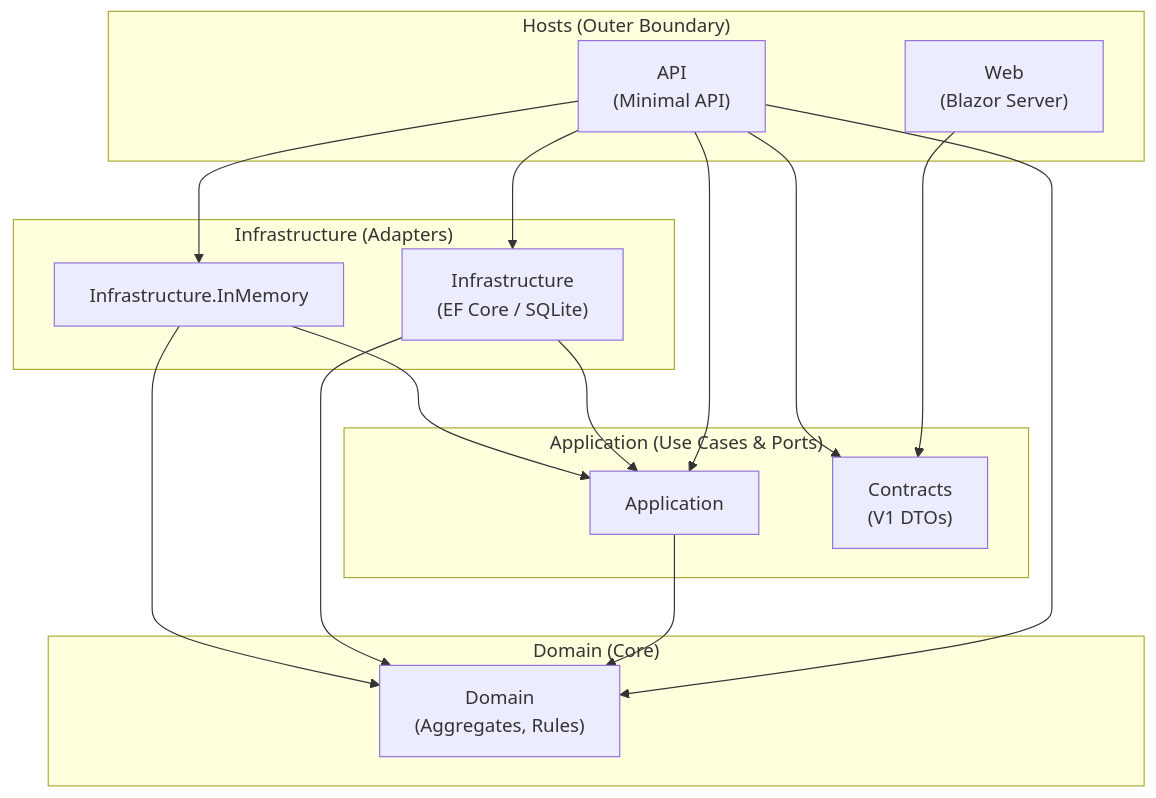
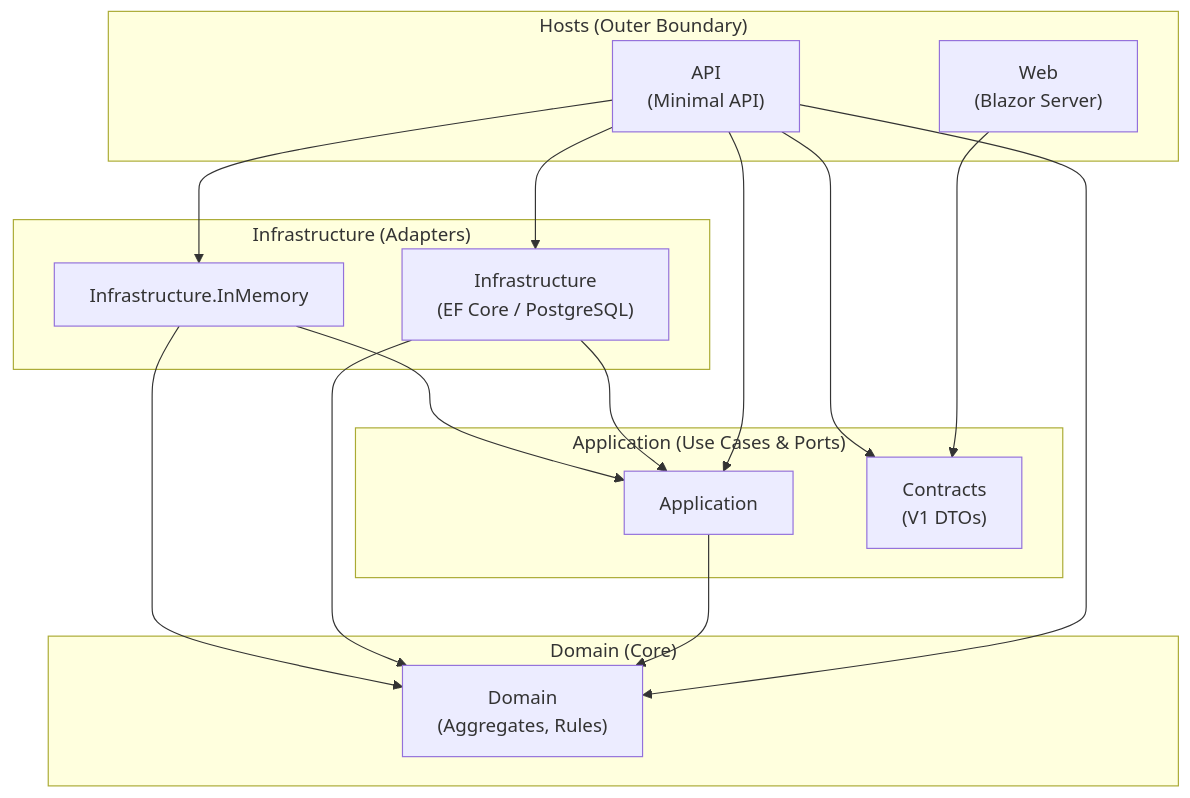
Before and after one commit to goldbarth/ServiceDeskLite: the diagram in docs/diagrams/dependency-rules.mmd, drawn with Mermaid. The commit also changed 25 other files, not shown here.

Commit message:
docs: sync documentation and diagrams with Milestone 3 (#122)

```diff
--- a/docs/diagrams/dependency-rules.mmd
+++ b/docs/diagrams/dependency-rules.mmd
@@ -1,28 +1,28 @@
 graph TB
     subgraph Hosts["Hosts (Outer Boundary)"]
         Web["Web\n(Blazor Server)"]
         Api["API\n(Minimal API)"]
     end
     subgraph InfraLayer["Infrastructure (Adapters)"]
-        Infra["Infrastructure\n(EF Core / SQLite)"]
+        Infra["Infrastructure\n(EF Core / PostgreSQL)"]
         InfraIM["Infrastructure.InMemory"]
     end
     subgraph AppLayer["<span style='white-space:nowrap'>Application (Use Cases & Ports)</span>"]
         App["Application"]
         Contracts["Contracts\n(V1 DTOs)"]
     end
     subgraph DomainLayer["Domain (Core)"]
         Domain["Domain\n(Aggregates, Rules)"]
     end
 
     Web --> Contracts
     Api --> App
     Api --> Contracts
     Api --> Domain
     Api --> Infra
     Api --> InfraIM
     App --> Domain
     Infra --> App
     Infra --> Domain
     InfraIM --> App
     InfraIM --> Domain
```
